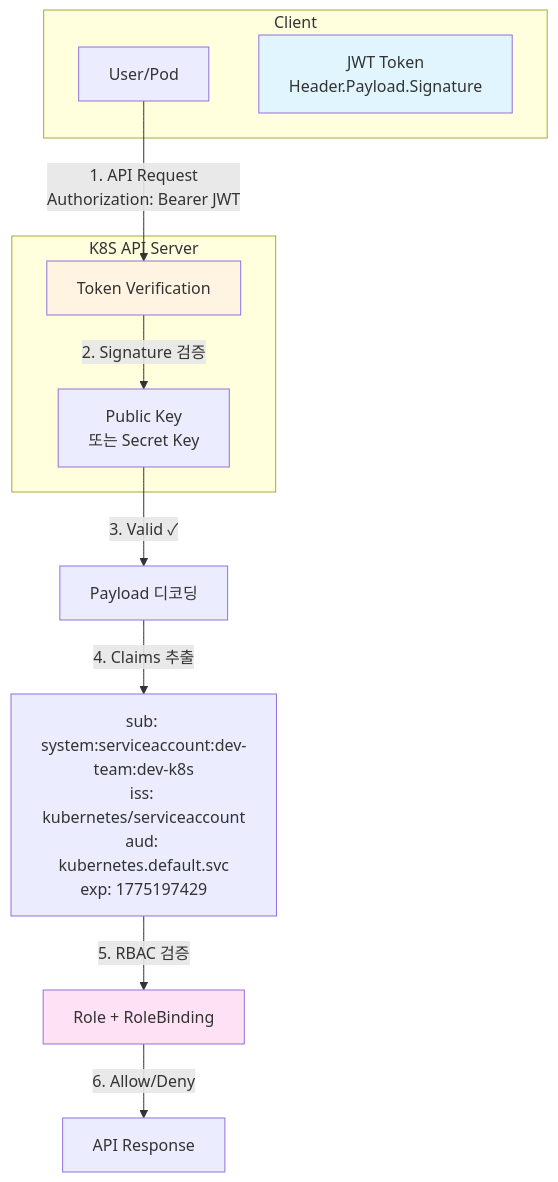
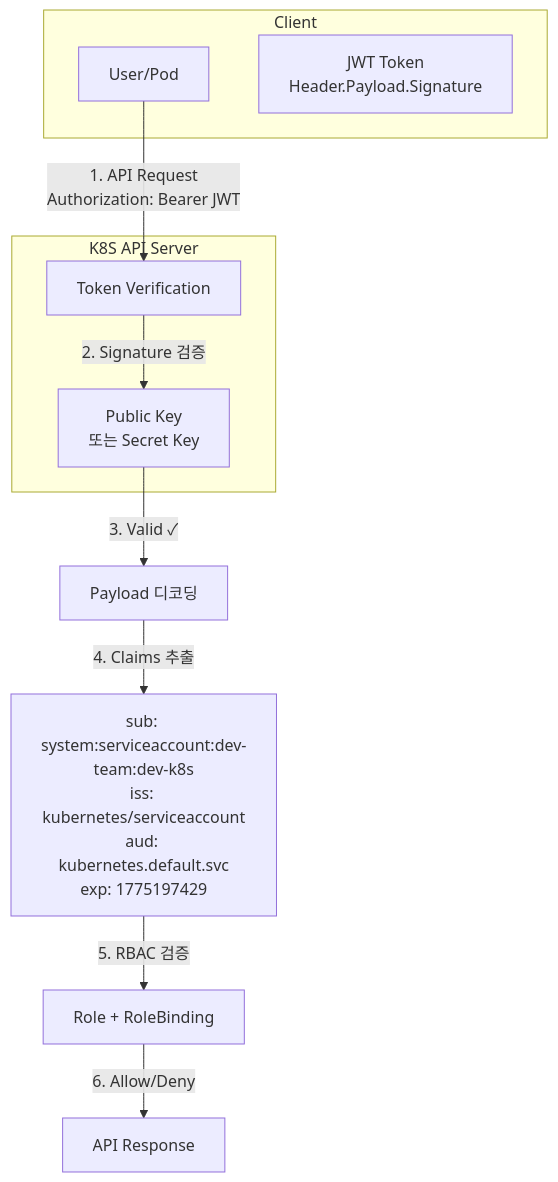
Before and after one commit to juwon8891/juwon8891.github.io: diagram 14 of 16 in docs/eks/week4-authn-authz.md, drawn with Mermaid. The commit also changed other lines of this file and 18 other files, not shown here.

Commit message:
Remove bright colors from Mermaid diagrams for dark mode compatibility

````diff
--- a/docs/eks/week4-authn-authz.md
+++ b/docs/eks/week4-authn-authz.md
@@ -738,23 +713,20 @@
 ```mermaid
 graph TB
     subgraph Client
         User[User/Pod]
         JWT[JWT Token<br/>Header.Payload.Signature]
     end
 
     subgraph K8S API Server
         Verify[Token Verification]
         PublicKey[Public Key<br/>또는 Secret Key]
     end
 
     User -->|1. API Request<br/>Authorization: Bearer JWT| Verify
     Verify -->|2. Signature 검증| PublicKey
     PublicKey -->|3. Valid ✓| Decode[Payload 디코딩]
     Decode -->|4. Claims 추출| Claims[sub: system:serviceaccount:dev-team:dev-k8s<br/>iss: kubernetes/serviceaccount<br/>aud: kubernetes.default.svc<br/>exp: 1775197429]
     Claims -->|5. RBAC 검증| RBAC[Role + RoleBinding]
     RBAC -->|6. Allow/Deny| Response[API Response]
 
-    style JWT fill:#e1f5ff
-    style Verify fill:#fff4e1
-    style RBAC fill:#ffe1f5
 ```
````
